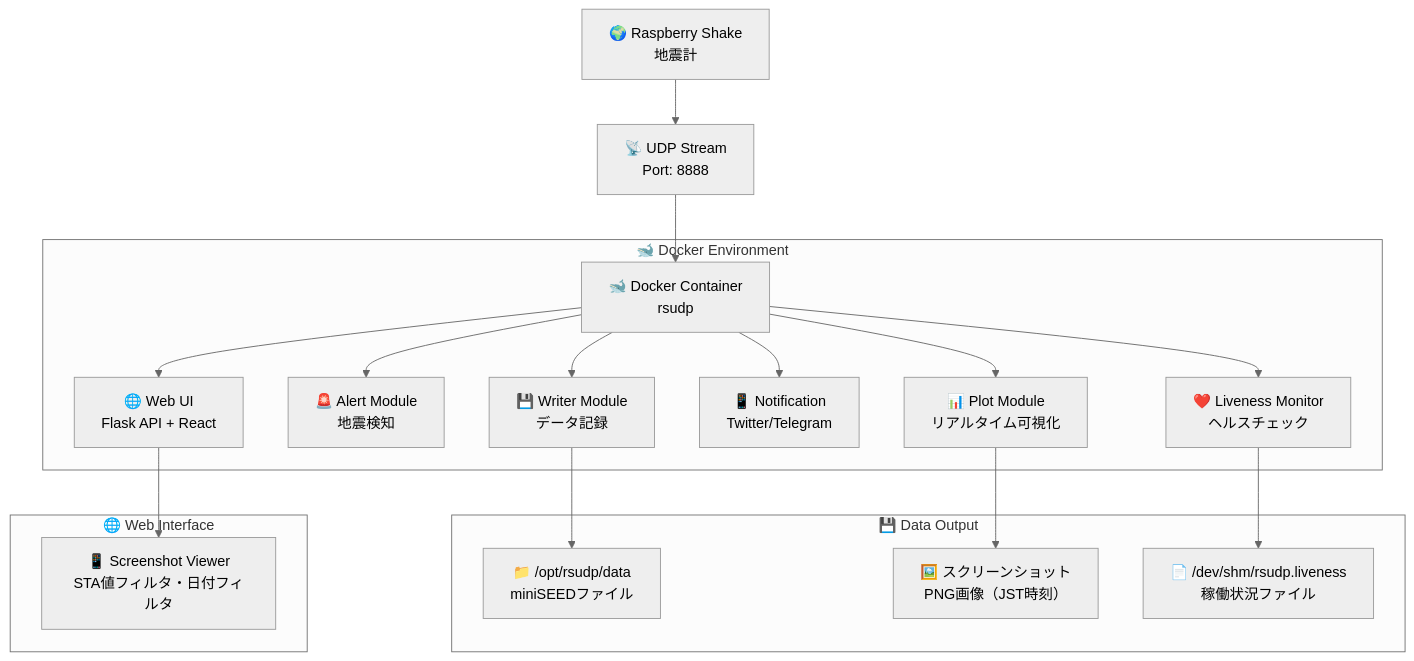
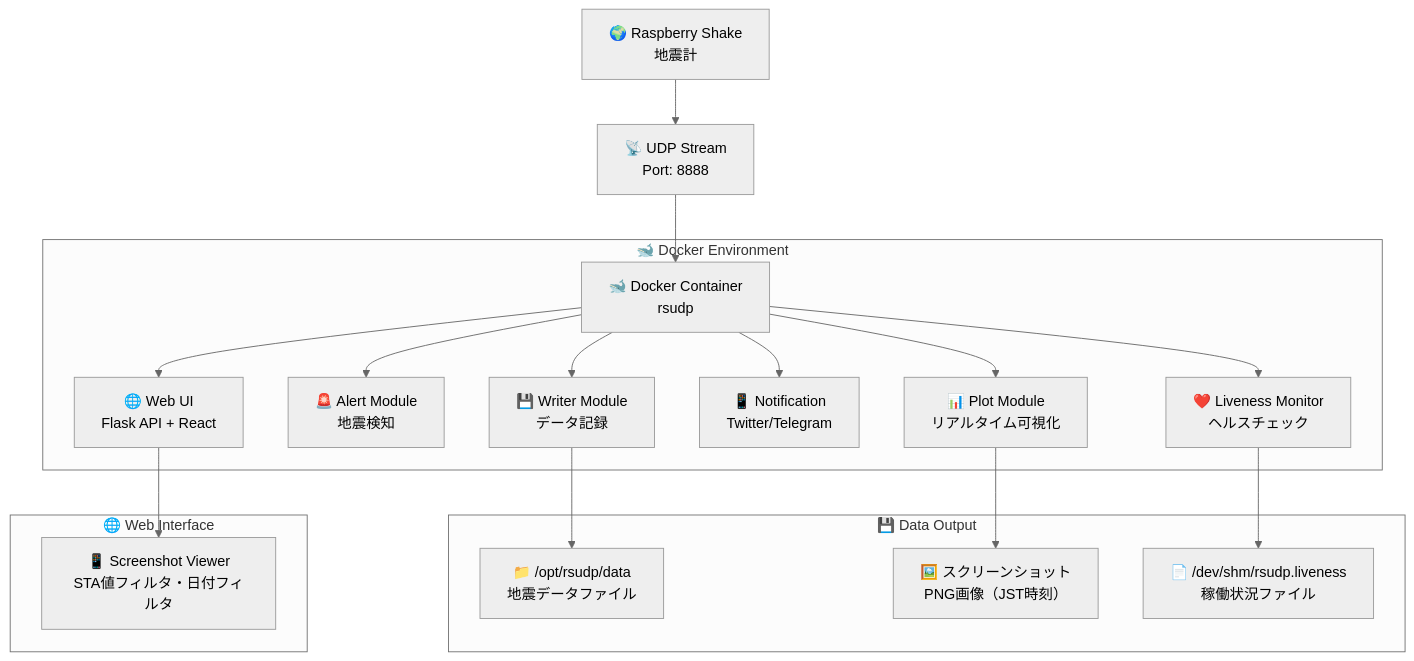
The diagram in README.md (kimata/rsudp), drawn with Mermaid (neutral theme) before and after one commit. The commit also changed other lines of this file, not shown here.

````diff
--- a/README.md
+++ b/README.md
@@ -49,36 +49,36 @@
 ```mermaid
 flowchart TD
     RS[🌍 Raspberry Shake<br/>地震計] --> UDP[📡 UDP Stream<br/>Port: 8888]
     UDP --> DC[🐋 Docker Container<br/>rsudp]
     DC --> PLOT[📊 Plot Module<br/>リアルタイム可視化]
     DC --> ALERT[🚨 Alert Module<br/>地震検知]
     DC --> WRITE[💾 Writer Module<br/>データ記録]
     DC --> NOTIF[📱 Notification<br/>Twitter/Telegram]
     DC --> WEBUI[🌐 Web UI<br/>Flask API + React]
     DC --> HEALTH[❤️ Liveness Monitor<br/>ヘルスチェック]
 
-    WRITE --> OUTPUT[📁 /opt/rsudp/data<br/>miniSEEDファイル]
+    WRITE --> OUTPUT[📁 /opt/rsudp/data<br/>地震データファイル]
     PLOT --> IMGS[🖼️ スクリーンショット<br/>PNG画像（JST時刻）]
     WEBUI --> VIEWER[📱 Screenshot Viewer<br/>STA値フィルタ・日付フィルタ]
     HEALTH --> STATUS[📄 /dev/shm/rsudp.liveness<br/>稼働状況ファイル]
 
     subgraph "🐋 Docker Environment"
         DC
         PLOT
         ALERT
         WRITE
         NOTIF
         WEBUI
         HEALTH
     end
 
     subgraph "💾 Data Output"
         OUTPUT
         IMGS
         STATUS
     end
 
     subgraph "🌐 Web Interface"
         VIEWER
     end
 ```
````
